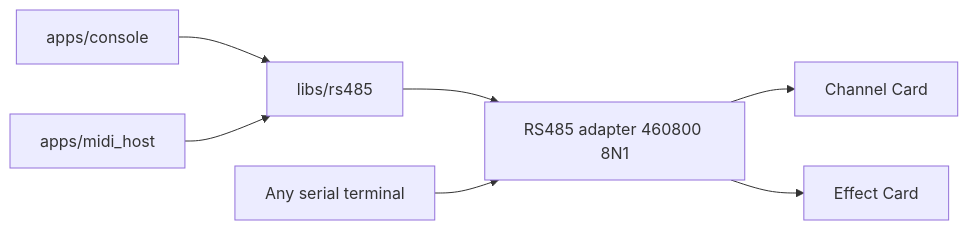
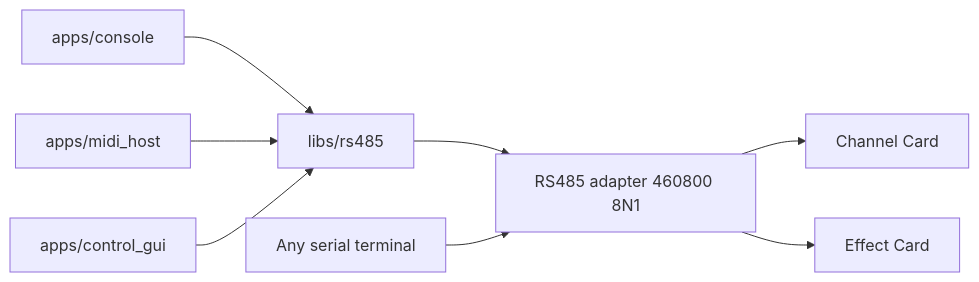
The diagram in docs/rs485_console_architecture.md (narendrabhatt-freshwater/firmware), drawn with Mermaid before and after one commit. The commit also changed other lines of this file and 15 other files, not shown here.

First line of the commit message:
Add Dear ImGui control GUI for MIDI, RS485 console, and envelope preview.

````diff
--- a/docs/rs485_console_architecture.md
+++ b/docs/rs485_console_architecture.md
@@ -20,16 +21,18 @@
 ```mermaid
 flowchart LR
   Term[Any serial terminal]
   Con[apps/console]
   Midi[apps/midi_host]
+  Gui[apps/control_gui]
   Lib[libs/rs485]
   Bus[RS485 adapter 460800 8N1]
   CC[Channel Card]
   EC[Effect Card]
   Con --> Lib
   Midi --> Lib
+  Gui --> Lib
   Lib --> Bus
   Term --> Bus
   Bus --> CC
   Bus --> EC
 ```
````
